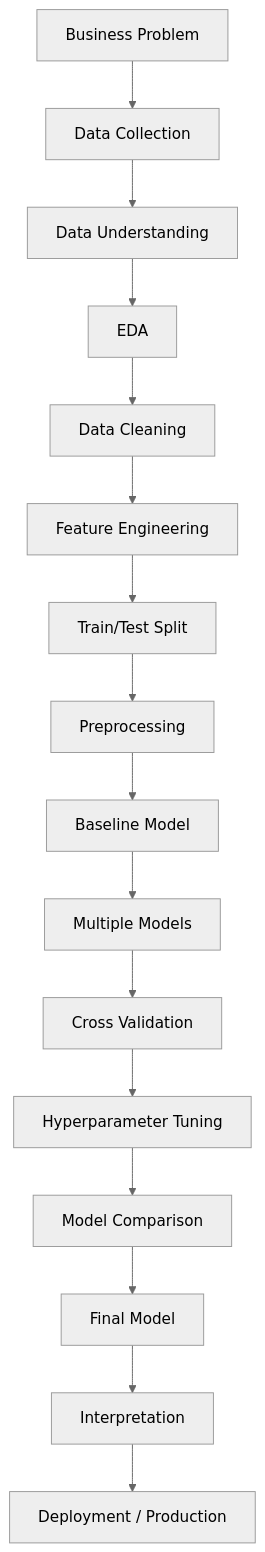
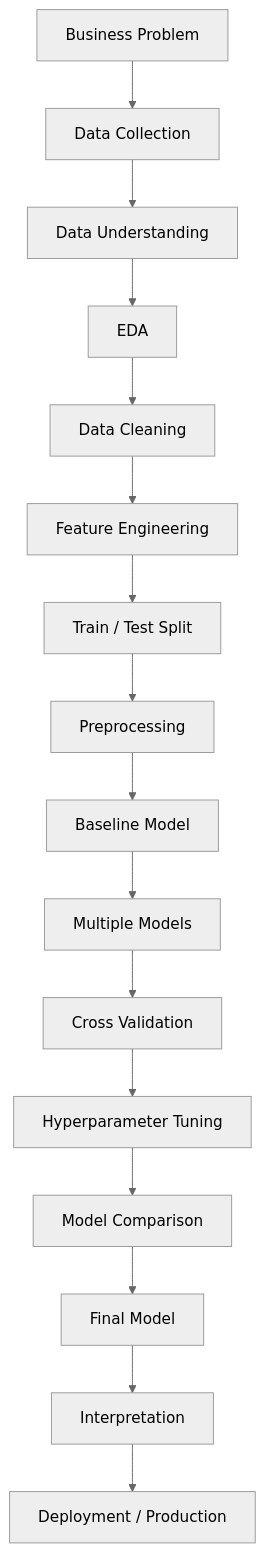
One commit to CyberWol-12/Machine_Learning_with_Python changed diagram 17 of 19 in readme.md. Above: the diagram before and after it, drawn with Mermaid (neutral theme). The commit also changed other lines of this file, not shown here.

````diff
--- a/readme.md
+++ b/readme.md
@@ -1353,27 +1369,20 @@
 ```mermaid
 flowchart TD
 
 A[Business Problem]
 --> B[Data Collection]
-
-B --> C[Data Understanding]
-C --> D[EDA]
-
-D --> E[Data Cleaning]
-E --> F[Feature Engineering]
-
-F --> G[Train/Test Split]
-G --> H[Preprocessing]
-
-H --> I[Baseline Model]
-I --> J[Multiple Models]
-
-J --> K[Cross Validation]
-K --> L[Hyperparameter Tuning]
-
-L --> M[Model Comparison]
-M --> N[Final Model]
-
-N --> O[Interpretation]
-O --> P[Deployment / Production]
+--> C[Data Understanding]
+--> D[EDA]
+--> E[Data Cleaning]
+--> F[Feature Engineering]
+--> G[Train / Test Split]
+--> H[Preprocessing]
+--> I[Baseline Model]
+--> J[Multiple Models]
+--> K[Cross Validation]
+--> L[Hyperparameter Tuning]
+--> M[Model Comparison]
+--> N[Final Model]
+--> O[Interpretation]
+--> P[Deployment / Production]
 ```
````
